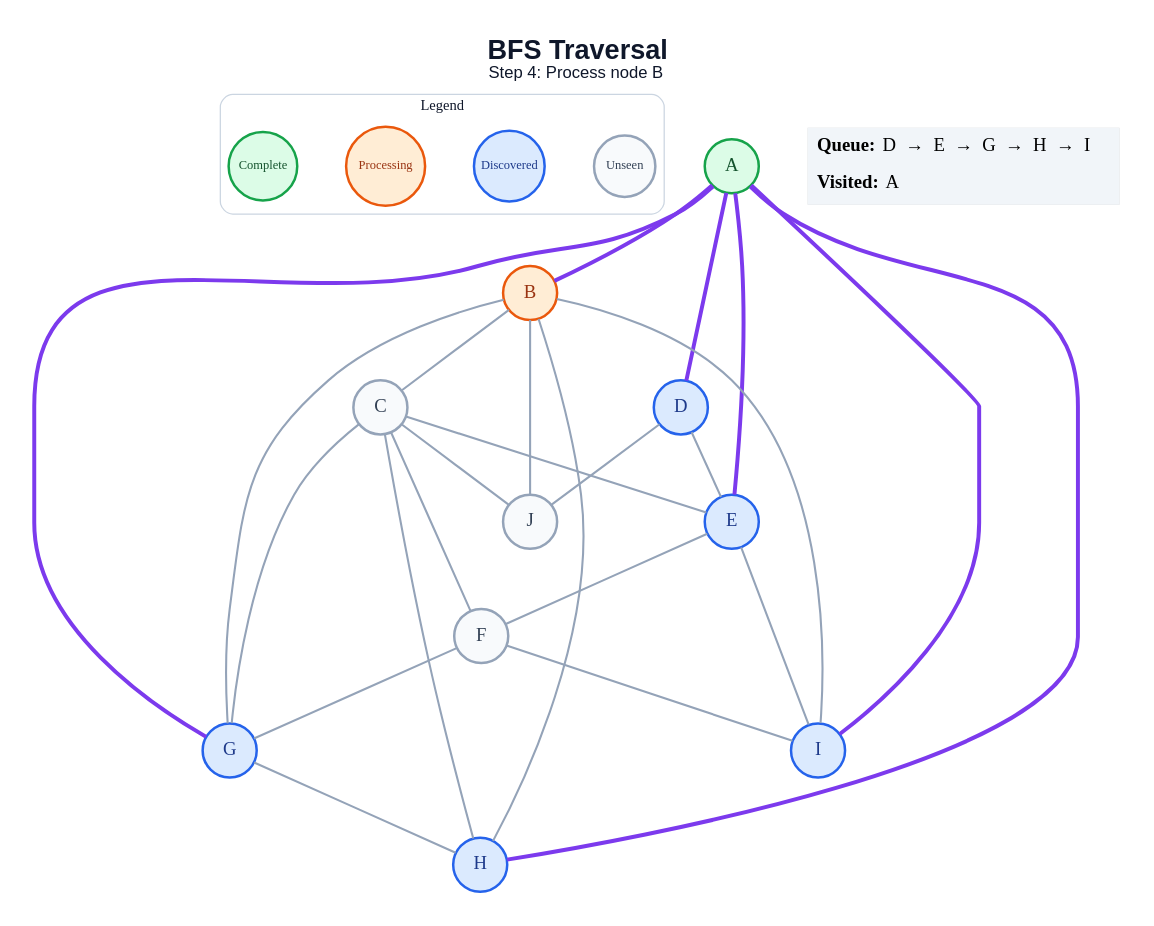
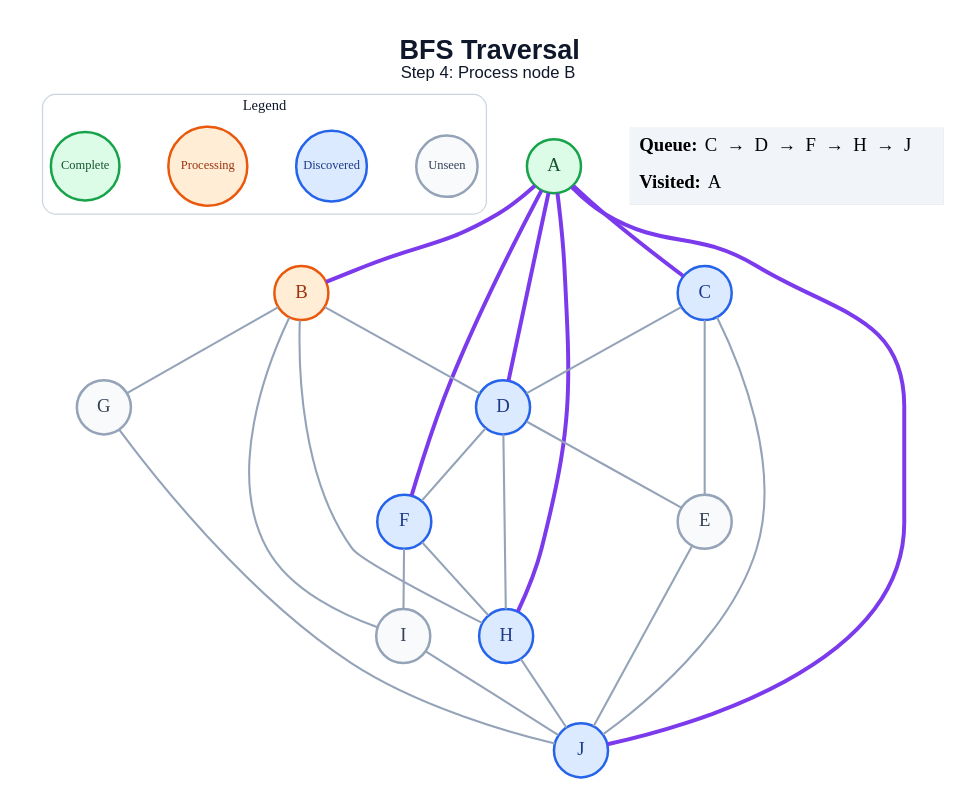
Before and after one commit to amanghodawala9/ai-slop: the diagram in generated/bfs/step_04.dot, drawn with Graphviz. The commit also changed 178 other files, not shown here.

```diff
--- a/generated/bfs/step_04.dot
+++ b/generated/bfs/step_04.dot
@@ -1,52 +1,51 @@
 graph traversal {
   graph [layout=dot, rankdir=TB, bgcolor="#FFFFFF", pad="0.35", nodesep="0.65", ranksep="0.8", fontname="Arial"];
   node [shape=circle, style="filled", fontname="Arial Bold", fontsize=18, width=0.72, fixedsize=true, penwidth=2.4];
   edge [color="#94A3B8", penwidth=2.0];
   label=<<B>BFS Traversal</B><BR/><FONT POINT-SIZE="16">Step 4: Process node B</FONT>>; labelloc="t"; fontsize=26; fontname="Arial"; fontcolor="#0F172A";
   subgraph cluster_legend { label="Legend"; color="#CBD5E1"; penwidth=1.2; style="rounded"; fontsize=14; fontname="Arial Bold";
     key_unseen [label="Unseen", fillcolor="#F8FAFC", color="#94A3B8", fontcolor="#334155", fontsize=12, width=0.82];
     key_frontier [label="Discovered", fillcolor="#DBEAFE", color="#2563EB", fontcolor="#1E3A8A", fontsize=12, width=0.95];
     key_current [label="Processing", fillcolor="#FFEDD5", color="#EA580C", fontcolor="#9A3412", fontsize=12, width=1.05];
     key_done [label="Complete", fillcolor="#DCFCE7", color="#16A34A", fontcolor="#14532D", fontsize=12, width=0.92];
     { rank=same; key_unseen; key_frontier; key_current; key_done; }
   }
   A [fillcolor="#DCFCE7", color="#16A34A", fontcolor="#14532D"];
   B [fillcolor="#FFEDD5", color="#EA580C", fontcolor="#9A3412"];
-  C [fillcolor="#F8FAFC", color="#94A3B8", fontcolor="#334155"];
+  C [fillcolor="#DBEAFE", color="#2563EB", fontcolor="#1E3A8A"];
   D [fillcolor="#DBEAFE", color="#2563EB", fontcolor="#1E3A8A"];
-  E [fillcolor="#DBEAFE", color="#2563EB", fontcolor="#1E3A8A"];
-  F [fillcolor="#F8FAFC", color="#94A3B8", fontcolor="#334155"];
-  G [fillcolor="#DBEAFE", color="#2563EB", fontcolor="#1E3A8A"];
+  E [fillcolor="#F8FAFC", color="#94A3B8", fontcolor="#334155"];
+  F [fillcolor="#DBEAFE", color="#2563EB", fontcolor="#1E3A8A"];
+  G [fillcolor="#F8FAFC", color="#94A3B8", fontcolor="#334155"];
   H [fillcolor="#DBEAFE", color="#2563EB", fontcolor="#1E3A8A"];
-  I [fillcolor="#DBEAFE", color="#2563EB", fontcolor="#1E3A8A"];
-  J [fillcolor="#F8FAFC", color="#94A3B8", fontcolor="#334155"];
+  I [fillcolor="#F8FAFC", color="#94A3B8", fontcolor="#334155"];
+  J [fillcolor="#DBEAFE", color="#2563EB", fontcolor="#1E3A8A"];
   A -- B [color="#7C3AED", penwidth=3.8];
+  A -- C [color="#7C3AED", penwidth=3.8];
   A -- D [color="#7C3AED", penwidth=3.8];
-  A -- E [color="#7C3AED", penwidth=3.8];
-  A -- G [color="#7C3AED", penwidth=3.8];
+  A -- F [color="#7C3AED", penwidth=3.8];
   A -- H [color="#7C3AED", penwidth=3.8];
-  A -- I [color="#7C3AED", penwidth=3.8];
-  B -- C;
+  A -- J [color="#7C3AED", penwidth=3.8];
+  B -- D;
   B -- G;
   B -- H;
   B -- I;
-  B -- J;
+  C -- D;
   C -- E;
-  C -- F;
-  C -- G;
-  C -- H;
   C -- J;
   D -- E;
-  D -- J;
-  E -- F;
-  E -- I;
-  F -- G;
+  D -- F;
+  D -- H;
+  E -- J;
+  F -- H;
   F -- I;
-  G -- H;
+  G -- J;
+  H -- J;
+  I -- J;
   status [shape=plain, fixedsize=false, width=0, height=0, margin=0, label=<
     <TABLE BORDER="0" CELLBORDER="0" CELLPADDING="7" BGCOLOR="#F1F5F9">
-      <TR><TD ALIGN="LEFT"><B>Queue:</B> D  →  E  →  G  →  H  →  I</TD></TR>
+      <TR><TD ALIGN="LEFT"><B>Queue:</B> C  →  D  →  F  →  H  →  J</TD></TR>
       <TR><TD ALIGN="LEFT"><B>Visited:</B> A</TD></TR>
     </TABLE>
   >];
 }
```
